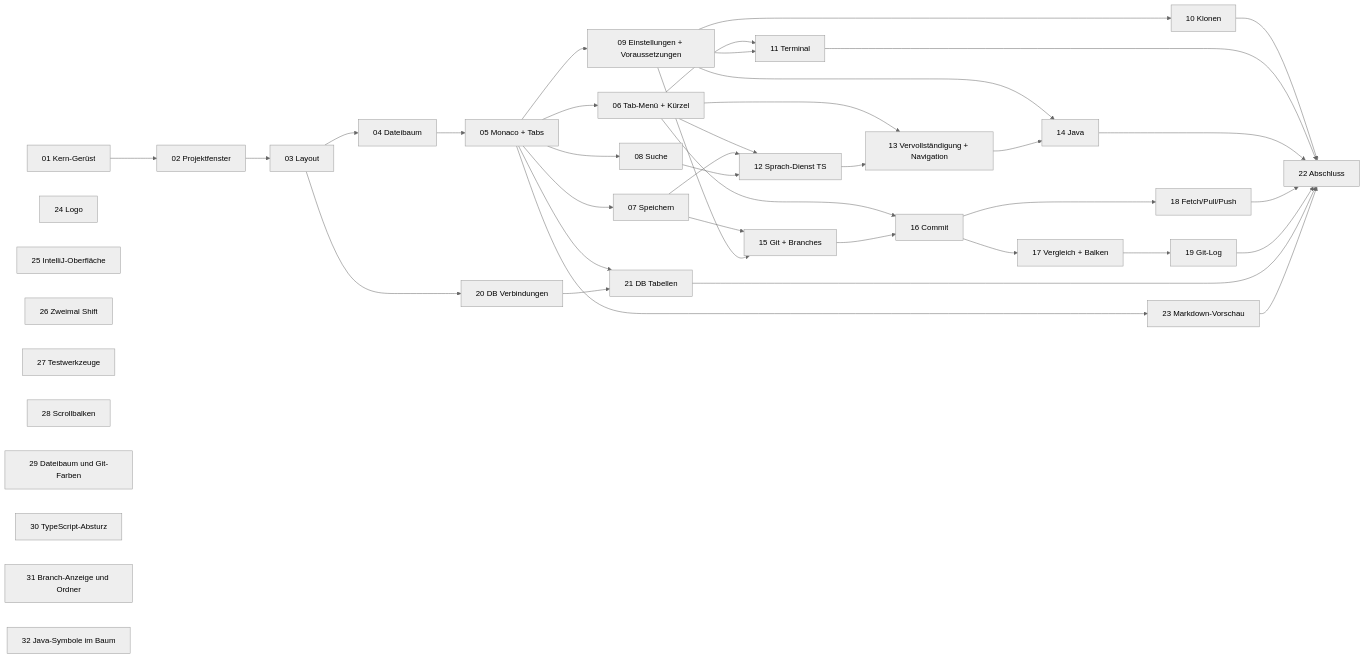
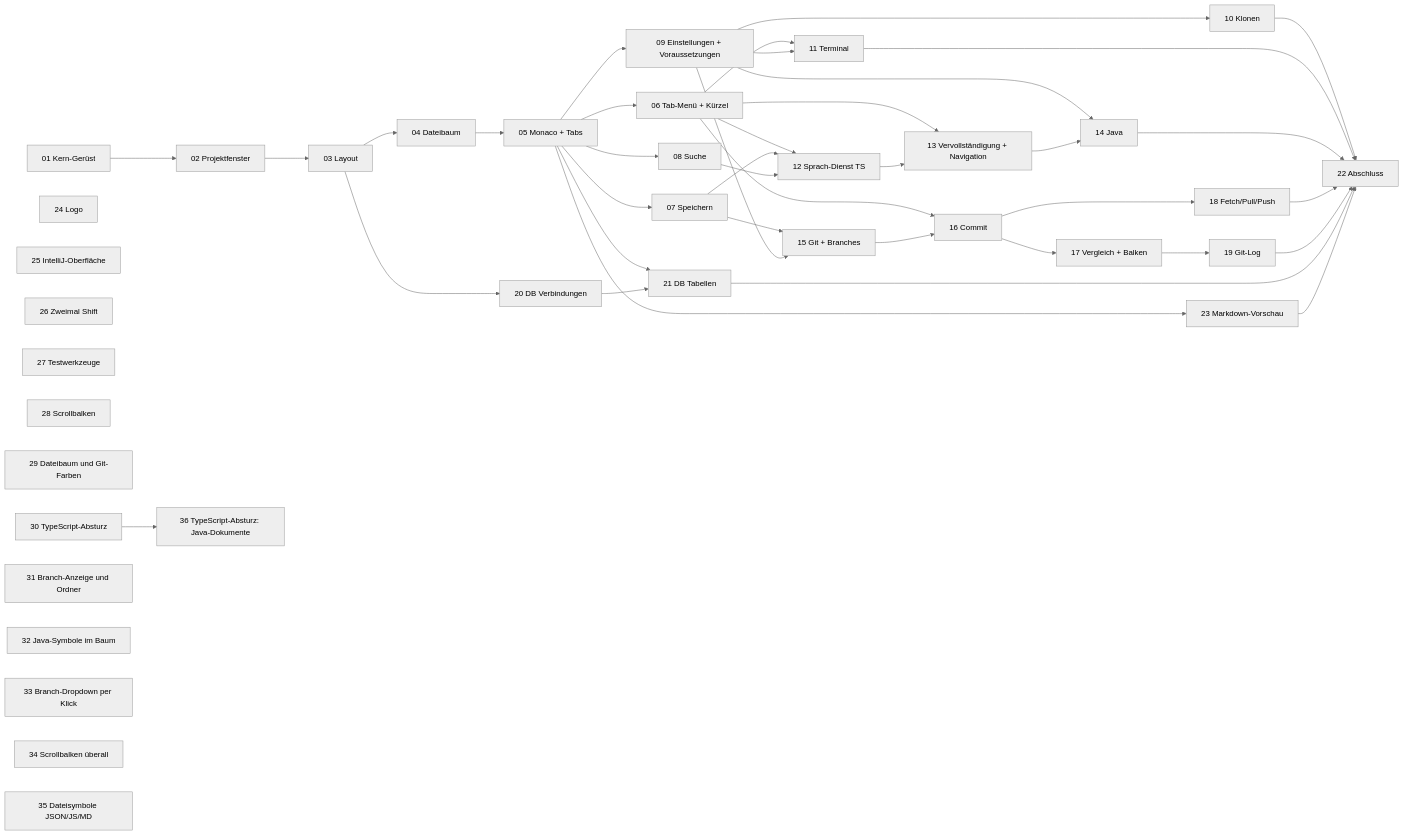
The diagram in docs/tickets/README.md (BonomoAlessandro/codium), drawn with Mermaid (neutral theme) before and after one commit. The commit also changed other lines of this file and 5 other files, not shown here.

First line of the commit message:
Tickets 33 bis 36: Branch-Dropdown, Scrollbalken, Dateisymbole, TypeScript-Absturz

````diff
--- a/docs/tickets/README.md
+++ b/docs/tickets/README.md
@@ -109,48 +113,53 @@
 ```mermaid
 flowchart LR
   T01[01 Kern-Gerüst] --> T02[02 Projektfenster]
   T02 --> T03[03 Layout]
   T03 --> T04[04 Dateibaum]
   T04 --> T05[05 Monaco + Tabs]
   T05 --> T06[06 Tab-Menü + Kürzel]
   T05 --> T07[07 Speichern]
   T05 --> T08[08 Suche]
   T05 --> T09[09 Einstellungen + Voraussetzungen]
   T09 --> T10[10 Klonen]
   T06 --> T11[11 Terminal]
   T09 --> T11
   T06 --> T12[12 Sprach-Dienst TS]
   T07 --> T12
   T08 --> T12
   T06 --> T13[13 Vervollständigung + Navigation]
   T12 --> T13
   T09 --> T14[14 Java]
   T13 --> T14
   T07 --> T15[15 Git + Branches]
   T09 --> T15
   T06 --> T16[16 Commit]
   T15 --> T16
   T16 --> T17[17 Vergleich + Balken]
   T16 --> T18[18 Fetch/Pull/Push]
   T17 --> T19[19 Git-Log]
   T03 --> T20[20 DB Verbindungen]
   T05 --> T21[21 DB Tabellen]
   T20 --> T21
   T10 --> T22[22 Abschluss]
   T11 --> T22
   T14 --> T22
   T18 --> T22
   T19 --> T22
   T21 --> T22
   T05 --> T23[23 Markdown-Vorschau]
   T23 --> T22
   T24[24 Logo]
   T25[25 IntelliJ-Oberfläche]
   T26[26 Zweimal Shift]
   T27[27 Testwerkzeuge]
   T28[28 Scrollbalken]
   T29[29 Dateibaum und Git-Farben]
   T30[30 TypeScript-Absturz]
   T31[31 Branch-Anzeige und Ordner]
   T32[32 Java-Symbole im Baum]
+  T33[33 Branch-Dropdown per Klick]
+  T34[34 Scrollbalken überall]
+  T35[35 Dateisymbole JSON/JS/MD]
+  T36[36 TypeScript-Absturz: Java-Dokumente]
+  T30 --> T36
 ```
````
